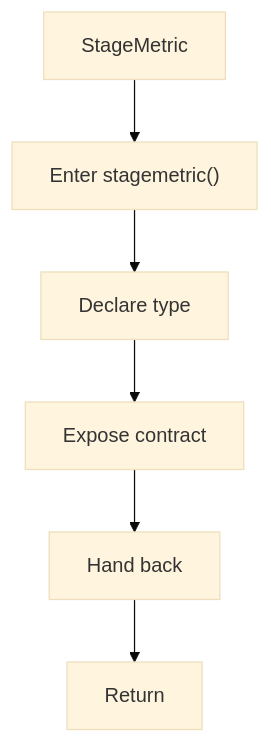
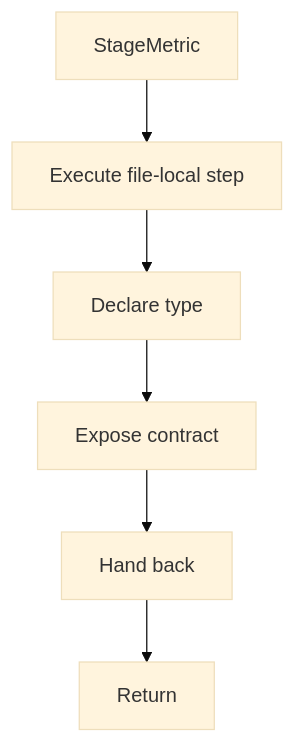
Before and after one commit to JohnAndrewBalbarosa/NeoTerritory: the fourth of 8 diagrams in docs/Codebase/Microservice/Modules/Header/SyntacticBrokenAST/OutputGeneration/Contracts/algorithm_pipeline.hpp.md, drawn with Mermaid (base theme). The commit also changed other lines of this file and 925 other files, not shown here.

````diff
--- a/docs/Codebase/Microservice/Modules/Header/SyntacticBrokenAST/OutputGeneration/Contracts/algorithm_pipeline.hpp.md
+++ b/docs/Codebase/Microservice/Modules/Header/SyntacticBrokenAST/OutputGeneration/Contracts/algorithm_pipeline.hpp.md
@@ -122,14 +121,14 @@
 ```mermaid
 flowchart TD
     Start["StageMetric"]
-    N0["Enter stagemetric()"]
+    N0["Execute file-local step"]
     N1["Declare type"]
     N2["Expose contract"]
     N3["Hand back"]
     End["Return"]
     Start --> N0
     N0 --> N1
     N1 --> N2
     N2 --> N3
     N3 --> End
 ```
````
